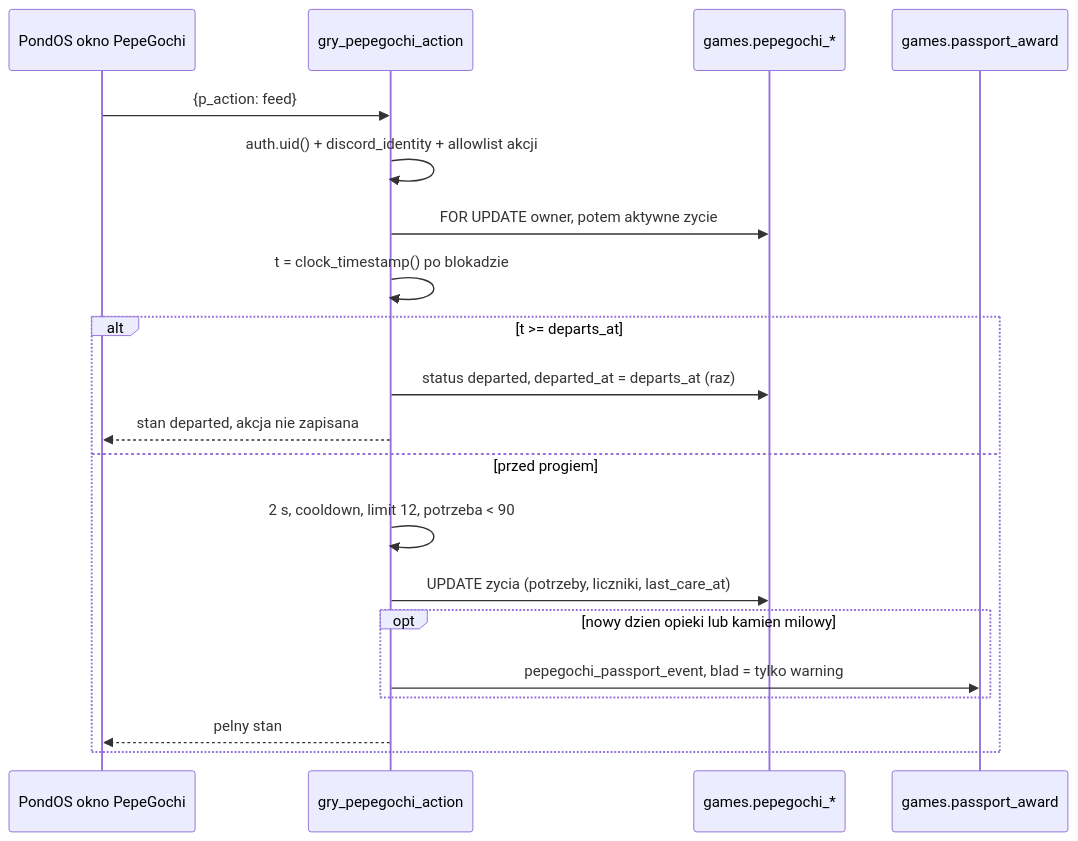
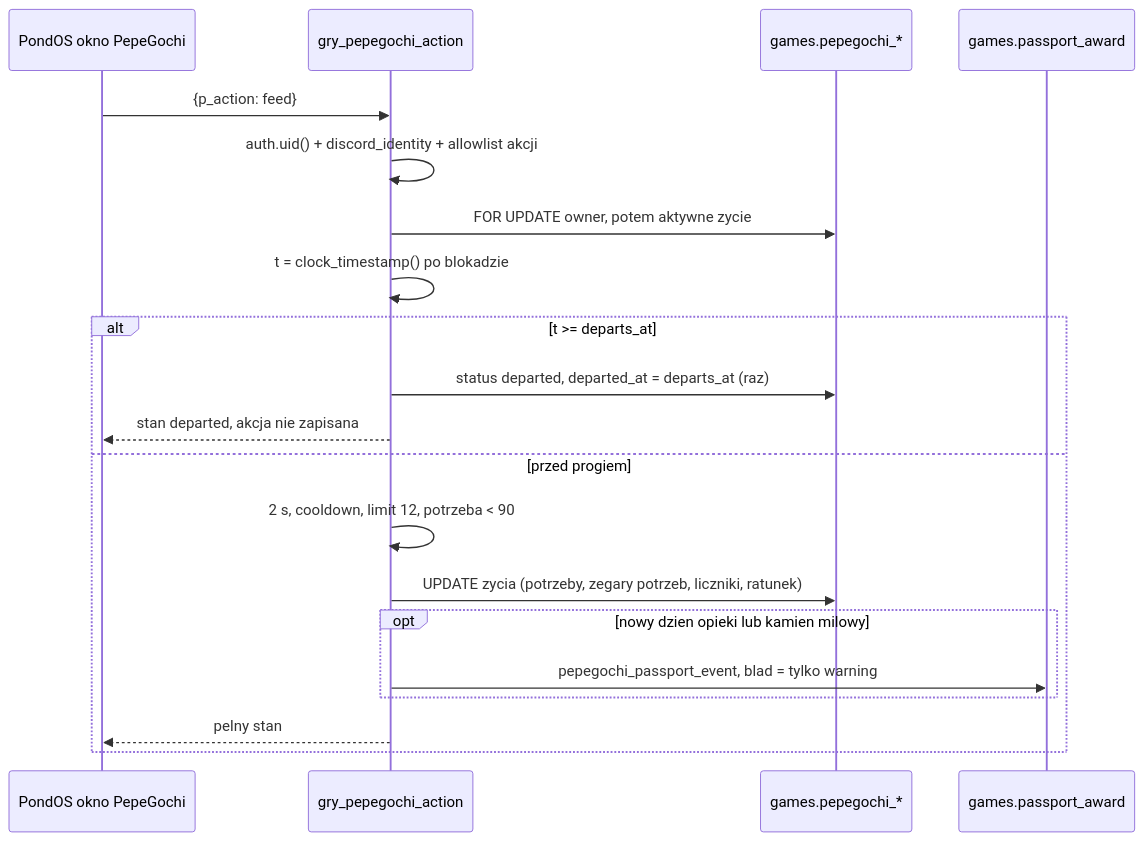
The third of 5 diagrams in docs/design/pepegochi-v2/TECH_PLAN.md (PepecoinHub/pepecoinhub.github.io), drawn with Mermaid before and after one commit. The commit also changed other lines of this file, not shown here.

````diff
--- a/docs/design/pepegochi-v2/TECH_PLAN.md
+++ b/docs/design/pepegochi-v2/TECH_PLAN.md
@@ -264,22 +287,22 @@
 ```mermaid
 sequenceDiagram
   participant UI as PondOS okno PepeGochi
   participant RPC as gry_pepegochi_action
   participant DB as games.pepegochi_*
   participant PP as games.passport_award
   UI->>RPC: {p_action: feed}
   RPC->>RPC: auth.uid() + discord_identity + allowlist akcji
   RPC->>DB: FOR UPDATE owner, potem aktywne zycie
   RPC->>RPC: t = clock_timestamp() po blokadzie
   alt t >= departs_at
     RPC->>DB: status departed, departed_at = departs_at (raz)
     RPC-->>UI: stan departed, akcja nie zapisana
   else przed progiem
     RPC->>RPC: 2 s, cooldown, limit 12, potrzeba < 90
-    RPC->>DB: UPDATE zycia (potrzeby, liczniki, last_care_at)
+    RPC->>DB: UPDATE zycia (potrzeby, zegary potrzeb, liczniki, ratunek)
     opt nowy dzien opieki lub kamien milowy
       RPC->>PP: pepegochi_passport_event, blad = tylko warning
     end
     RPC-->>UI: pelny stan
   end
 ```
````
